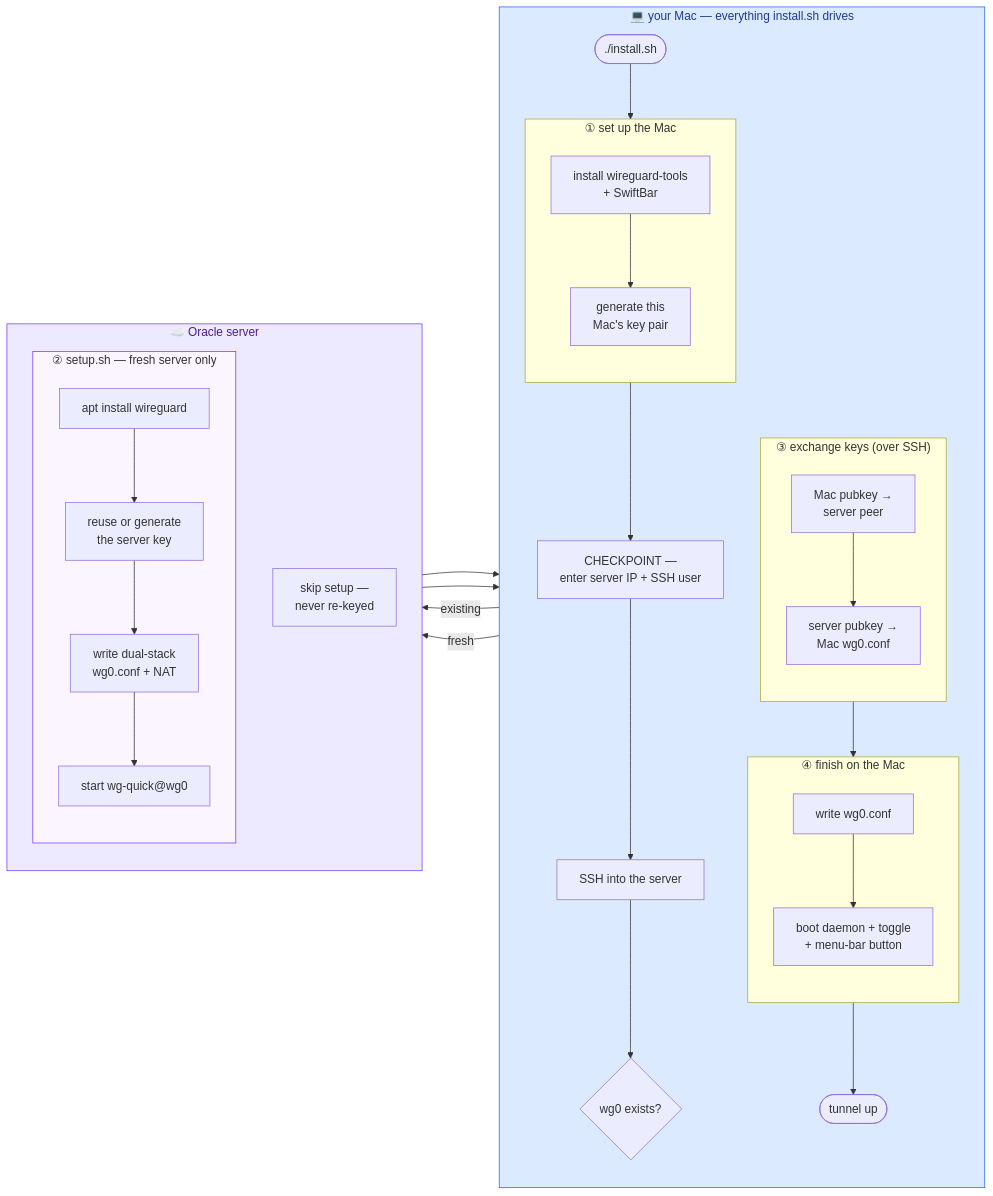
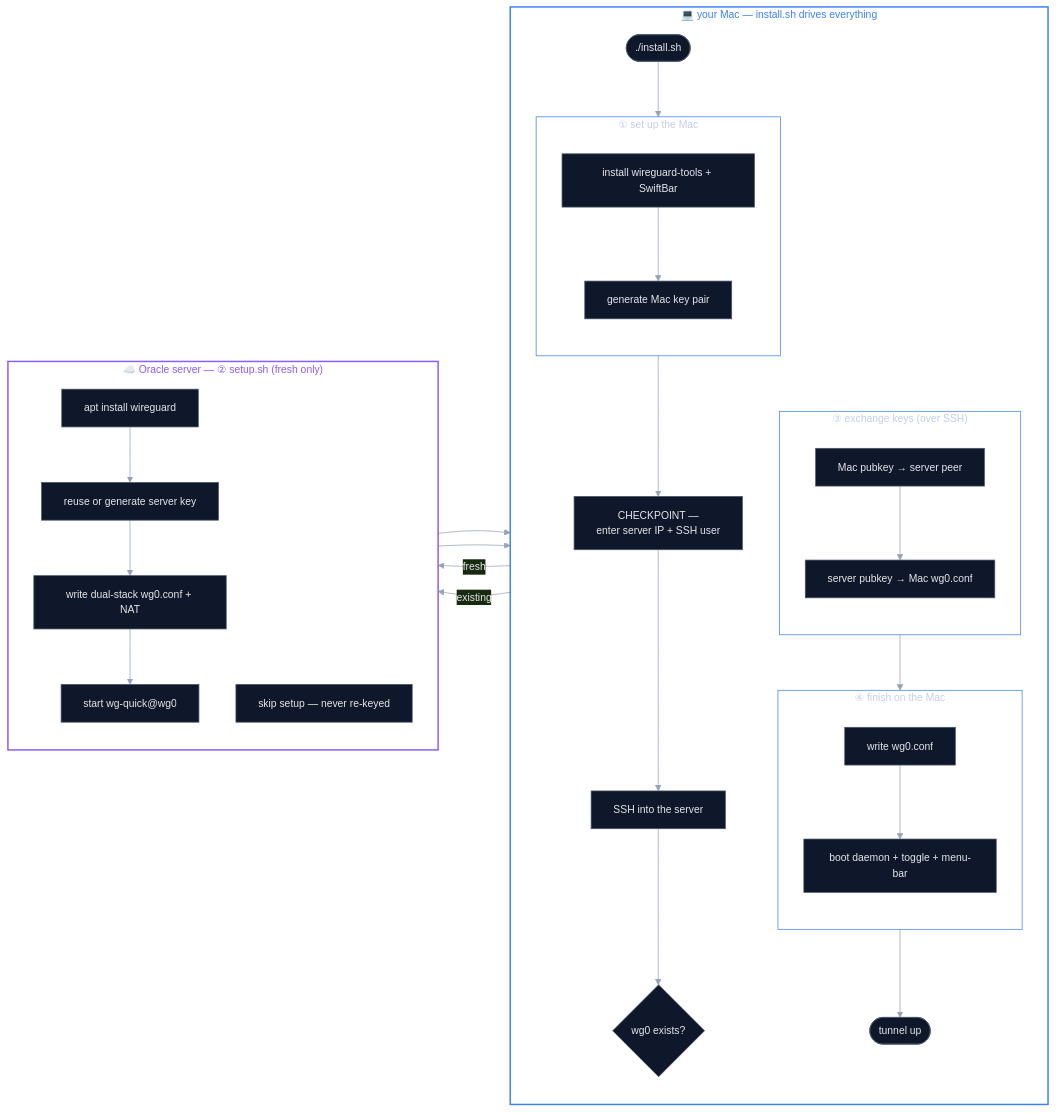
One commit to codereyinish/ColdVPN changed the diagram in README.md. Above: the diagram before and after it, drawn with Mermaid.

Commit message:
README diagram: transparent fills + colored borders so connector lines are visible; flatten Oracle box, force readable theme

````diff
--- a/README.md
+++ b/README.md
@@ -65,45 +65,45 @@
 ```mermaid
+%%{init: {'theme':'base','themeVariables':{'primaryColor':'#0f172a','primaryTextColor':'#e5e7eb','primaryBorderColor':'#475569','lineColor':'#94a3b8','fontSize':'14px'}}}%%
 flowchart LR
-    subgraph MAC["💻 your Mac — everything install.sh drives"]
+    subgraph MAC["💻 your Mac — install.sh drives everything"]
         direction TB
         Start(["./install.sh"]) --> S1
         S1 --> CP["CHECKPOINT —<br/>enter server IP + SSH user"]
         CP --> SSH["SSH into the server"]
         SSH --> Q{"wg0 exists?"}
         S3 --> S4
         S4 --> Done(["tunnel up"])
 
         subgraph S1["① set up the Mac"]
             direction TB
-            a1["install wireguard-tools<br/>+ SwiftBar"] --> a2["generate this<br/>Mac's key pair"]
+            a1["install wireguard-tools + SwiftBar"] --> a2["generate Mac key pair"]
         end
         subgraph S3["③ exchange keys (over SSH)"]
             direction TB
-            c1["Mac pubkey →<br/>server peer"] --> c2["server pubkey →<br/>Mac wg0.conf"]
+            c1["Mac pubkey → server peer"] --> c2["server pubkey → Mac wg0.conf"]
         end
         subgraph S4["④ finish on the Mac"]
             direction TB
-            d1["write wg0.conf"] --> d2["boot daemon + toggle<br/>+ menu-bar button"]
+            d1["write wg0.conf"] --> d2["boot daemon + toggle + menu-bar"]
         end
     end
 
-    Q -->|"fresh"| S2
+    Q -->|"fresh"| b1
     Q -->|"existing"| SKIP
-    S2 --> S3
+    b4 --> S3
     SKIP --> S3
 
-    subgraph ORACLE["☁️ Oracle server"]
+    subgraph ORACLE["☁️ Oracle server — ② setup.sh (fresh only)"]
         direction TB
-        subgraph S2["② setup.sh — fresh server only"]
-            direction TB
-            b1["apt install wireguard"] --> b2["reuse or generate<br/>the server key"]
-            b2 --> b3["write dual-stack<br/>wg0.conf + NAT"]
-            b3 --> b4["start wg-quick@wg0"]
-        end
-        SKIP["skip setup —<br/>never re-keyed"]
+        b1["apt install wireguard"] --> b2["reuse or generate server key"]
+        b2 --> b3["write dual-stack wg0.conf + NAT"]
+        b3 --> b4["start wg-quick@wg0"]
+        SKIP["skip setup — never re-keyed"]
     end
 
-    style MAC fill:#dbeafe,stroke:#2563eb,color:#1e3a8a
-    style ORACLE fill:#ede9fe,stroke:#7c3aed,color:#4c1d95
-    style S2 fill:#faf5ff,stroke:#7c3aed
+    style MAC fill:none,stroke:#3b82f6,stroke-width:2px,color:#3b82f6
+    style ORACLE fill:none,stroke:#8b5cf6,stroke-width:2px,color:#8b5cf6
+    style S1 fill:none,stroke:#3b82f6
+    style S3 fill:none,stroke:#3b82f6
+    style S4 fill:none,stroke:#3b82f6
 ```
````
